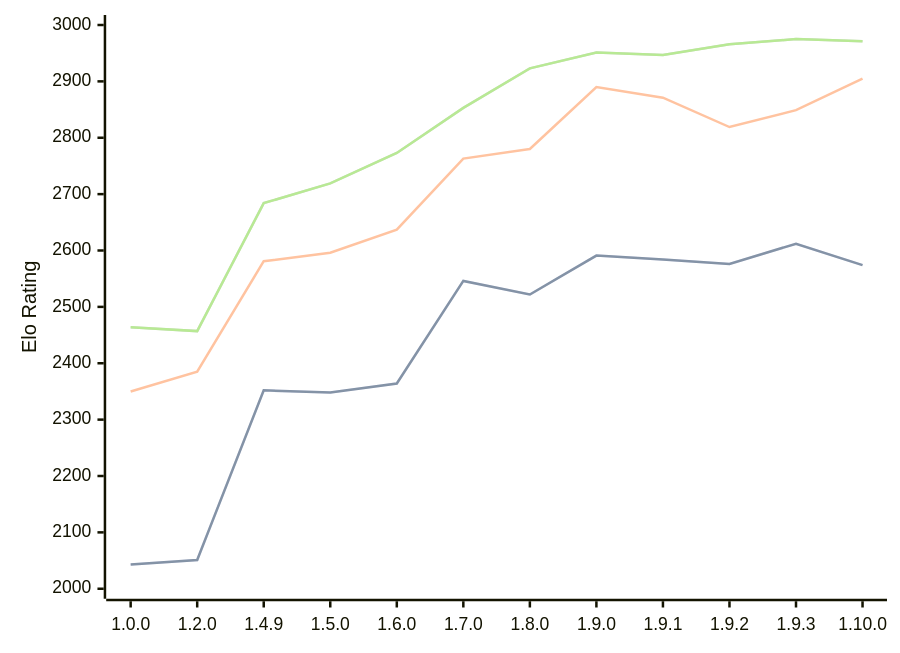
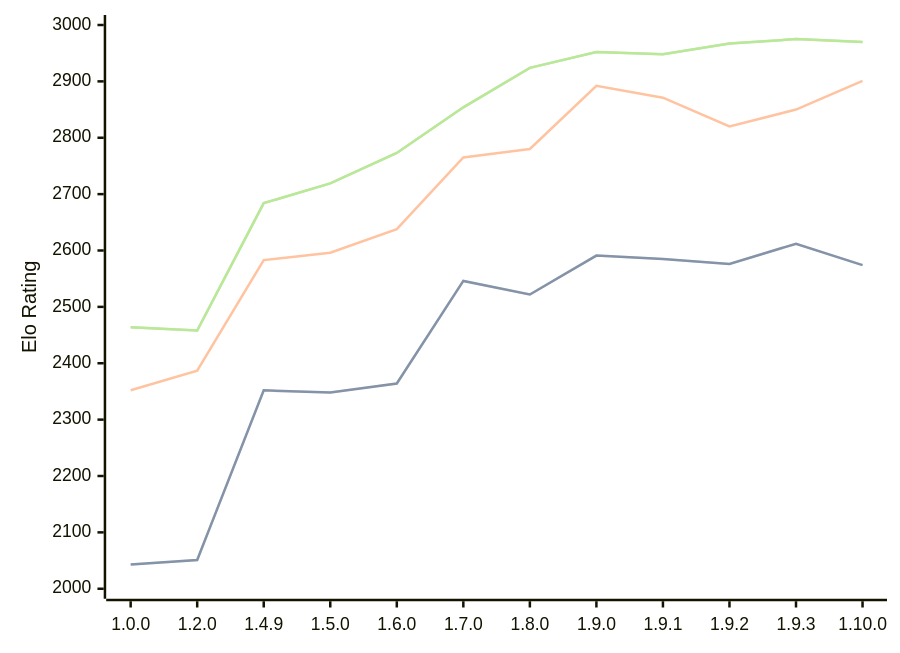
One commit to computer-chess-index/cci changed the diagram in engines/Basilisk.md. Above: the diagram before and after it, drawn with Mermaid. The commit also changed other lines of this file, not shown here.

Commit message:
Update CCI Ratings (ELO VLTC) - 2026-09-13

````diff
--- a/engines/Basilisk.md
+++ b/engines/Basilisk.md
@@ -55,11 +55,11 @@
 ```mermaid
 %%{init: {"theme":"base","themeVariables":{"seriesColors:['#a3a3a3','#222221','#faa371']}}}%%
 xychart-beta
   x-axis ["1.0.0", "1.2.0", "1.4.9", "1.5.0", "1.6.0", "1.7.0", "1.8.0", "1.9.0", "1.9.1", "1.9.2", "1.9.3", "1.10.0"]
   y-axis "Elo Rating" 2000 --> 3000
-  line "" [2043, 2051, 2352, 2348, 2364, 2546, 2522, 2591, 2584, 2576, 2612, 2574]
-  line "STC (8.0+0.08s)" [2043, 2051, 2352, 2348, 2364, 2546, 2522, 2591, 2584, 2576, 2612, 2574]
-  line "LTC (60.0+0.60s)" [2350, 2385, 2581, 2596, 2637, 2763, 2780, 2890, 2871, 2819, 2849, 2905]
-  line "" [2464, 2457, 2684, 2719, 2773, 2853, 2923, 2951, 2947, 2966, 2975, 2971]
-  line "VLTC (2m24s+1.12s)" [2464, 2457, 2684, 2719, 2773, 2853, 2923, 2951, 2947, 2966, 2975, 2971]
+  line "" [2043, 2051, 2352, 2348, 2364, 2546, 2522, 2591, 2585, 2576, 2612, 2574]
+  line "STC (8.0+0.08s)" [2043, 2051, 2352, 2348, 2364, 2546, 2522, 2591, 2585, 2576, 2612, 2574]
+  line "LTC (60.0+0.60s)" [2352, 2387, 2583, 2596, 2638, 2765, 2780, 2892, 2871, 2820, 2850, 2901]
+  line "" [2464, 2458, 2684, 2719, 2773, 2854, 2924, 2952, 2948, 2967, 2975, 2970]
+  line "VLTC (2m24s+1.12s)" [2464, 2458, 2684, 2719, 2773, 2854, 2924, 2952, 2948, 2967, 2975, 2970]
 ```
````
